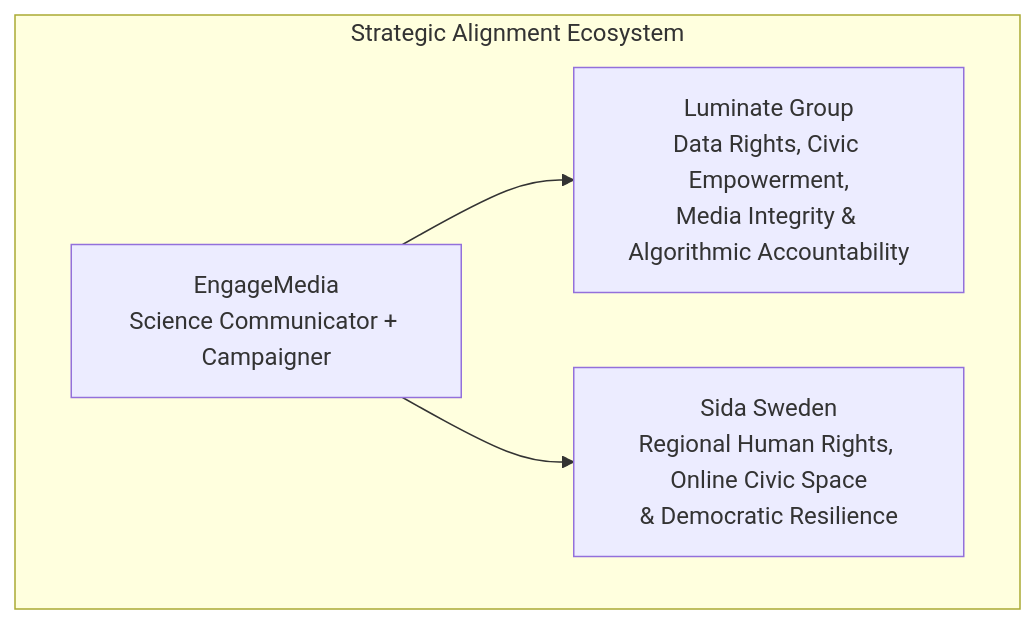
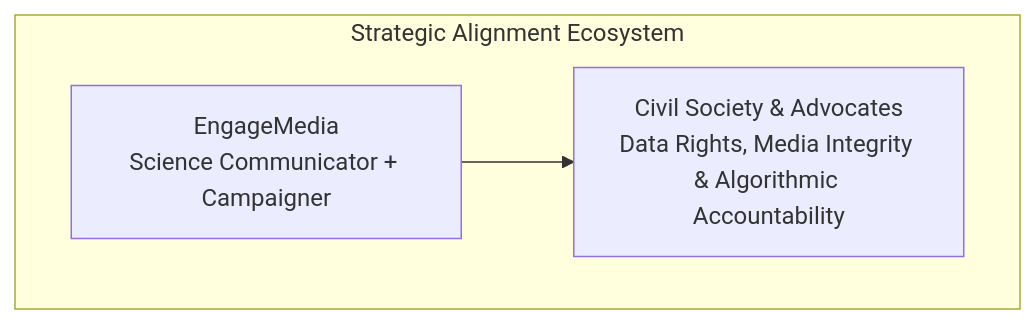
The fifth of 5 diagrams in docs/analysis/01_Reference_Analysis_and_Findings.md (okihita/drone), drawn with Mermaid before and after one commit. The commit also changed other lines of this file and 8 other files, not shown here.

Commit message:
docs/ui: remove all references to Luminate and Sida donors

````diff
--- a/docs/analysis/01_Reference_Analysis_and_Findings.md
+++ b/docs/analysis/01_Reference_Analysis_and_Findings.md
@@ -131,7 +130,6 @@
 ```mermaid
 flowchart TD
     subgraph Strategic Alignment Ecosystem
-        EM["EngageMedia<br/>Science Communicator + Campaigner"] --> L["Luminate Group<br/>Data Rights, Civic Empowerment,<br/>Media Integrity & Algorithmic Accountability"]
-        EM --> S["Sida Sweden<br/>Regional Human Rights, Online Civic Space<br/>& Democratic Resilience"]
+        EM["EngageMedia<br/>Science Communicator + Campaigner"] --> ADV["Civil Society & Advocates<br/>Data Rights, Media Integrity & Algorithmic Accountability"]
     end
 ```
````
